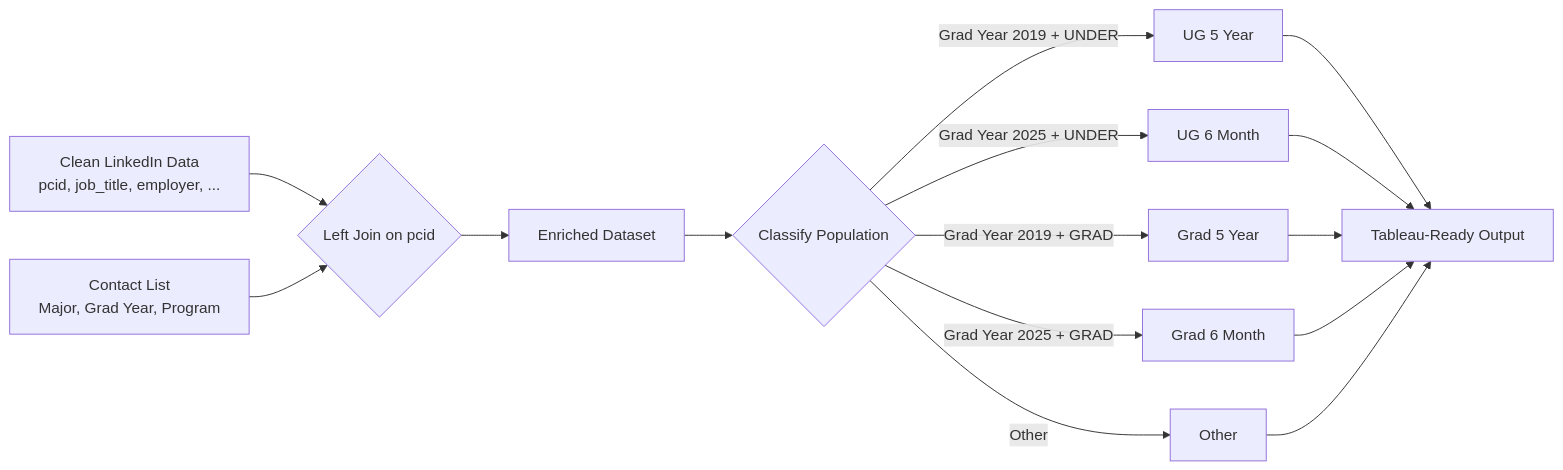
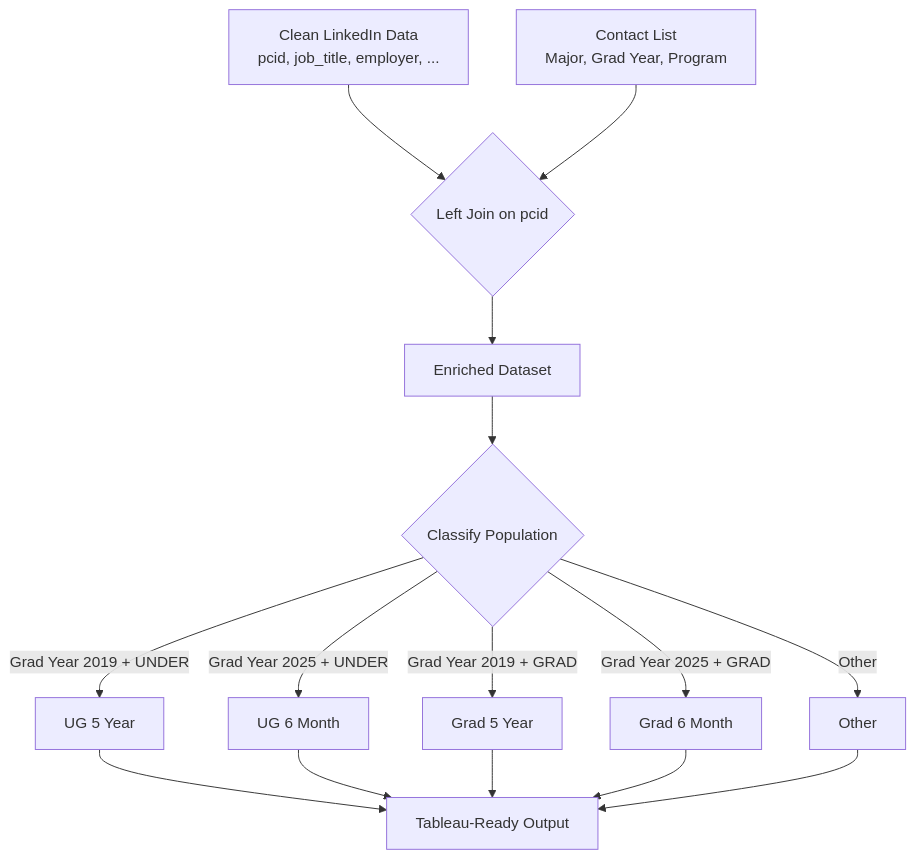
Before and after one commit to ZhouLinli/ZhouLinli.github.io: the seventh of 7 diagrams in _pages/tab1_research/1.1collect/scraping_linkedin.md, drawn with Mermaid. The commit also changed other lines of this file and 30 other files, not shown here.

````diff
--- a/_pages/tab1_research/1.1collect/scraping_linkedin.md
+++ b/_pages/tab1_research/1.1collect/scraping_linkedin.md
@@ -314,17 +330,17 @@
 ```mermaid
-flowchart LR
+flowchart TD
     A[Clean LinkedIn Data<br/>pcid, job_title, employer, ...] --> C{Left Join on pcid}
     B[Contact List<br/>Major, Grad Year, Program] --> C
     C --> D[Enriched Dataset]
     D --> E{Classify Population}
     E -->|Grad Year 2019 + UNDER| F[UG 5 Year]
     E -->|Grad Year 2025 + UNDER| G[UG 6 Month]
     E -->|Grad Year 2019 + GRAD| H[Grad 5 Year]
     E -->|Grad Year 2025 + GRAD| I[Grad 6 Month]
     E -->|Other| J[Other]
     F --> K[Tableau-Ready Output]
     G --> K
     H --> K
     I --> K
     J --> K
 ```
````
